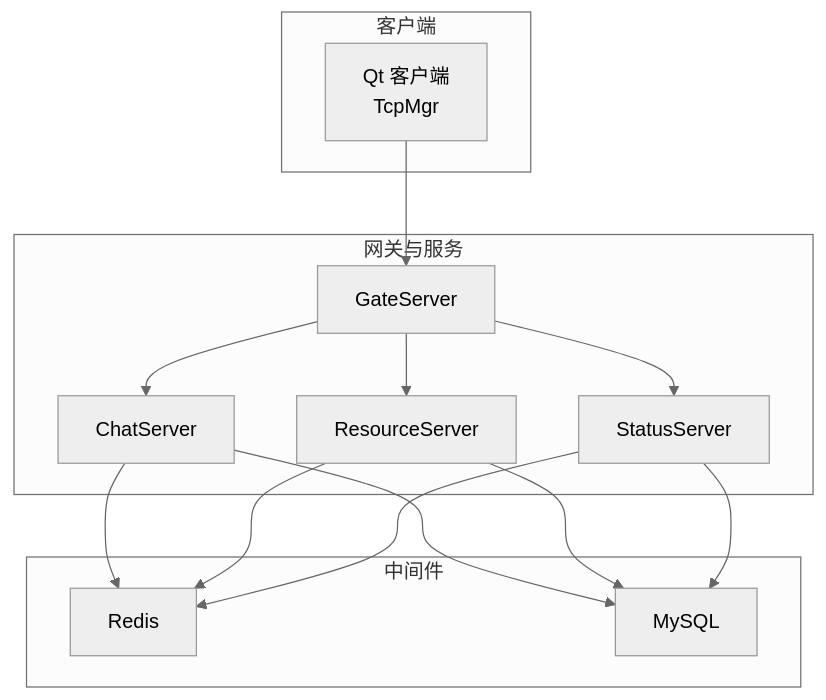
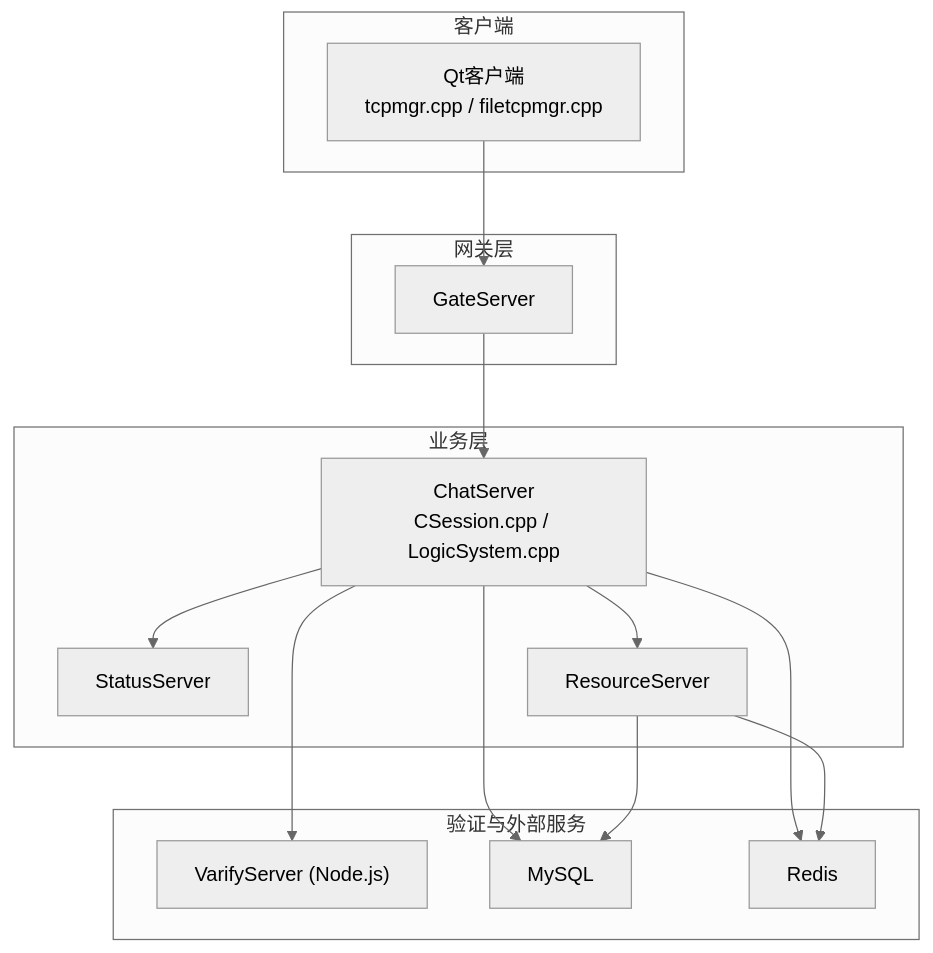
Before and after one commit to echo9923/mychatter: the first of 9 diagrams in .qoder/repowiki/zh/content/故障排查/故障排查.md, drawn with Mermaid (neutral theme). The commit also changed other lines of this file and 526 other files, not shown here.

Commit message:
docs: 为ChatServer所有头文件添加详细Doxygen注释 - 为18个头文件的类、函数、成员变量添加完整的中文注释 - 包含类职责说明、参数描述、返回值说明 - 涵盖AsioIOServicePool/CServer/CSession/LogicSystem等核心模块 - 同时更新GateServer的VerifyGrpcClient.h注释

````diff
--- a/.qoder/repowiki/zh/content/故障排查/故障排查.md
+++ b/.qoder/repowiki/zh/content/故障排查/故障排查.md
@@ -45,26 +42,28 @@
 ```mermaid
 graph TB
 subgraph "客户端"
-Qt["Qt 客户端<br/>TcpMgr"]
+QtClient["Qt客户端<br/>tcpmgr.cpp / filetcpmgr.cpp"]
 end
-subgraph "网关与服务"
+subgraph "网关层"
 Gate["GateServer"]
-Chat["ChatServer"]
+end
+subgraph "业务层"
+Chat["ChatServer<br/>CSession.cpp / LogicSystem.cpp"]
+Status["StatusServer"]
 Resource["ResourceServer"]
-Status["StatusServer"]
 end
-subgraph "中间件"
+subgraph "验证与外部服务"
+Verify["VarifyServer (Node.js)"]
+MySQL["MySQL"]
 Redis["Redis"]
-MySQL["MySQL"]
 end
-Qt --> Gate
+QtClient --> Gate
 Gate --> Chat
-Gate --> Resource
-Gate --> Status
+Chat --> Status
+Chat --> Resource
+Chat --> Verify
+Chat --> MySQL
 Chat --> Redis
-Chat --> MySQL
+Resource --> MySQL
 Resource --> Redis
-Resource --> MySQL
-Status --> Redis
-Status --> MySQL
 ```
````
